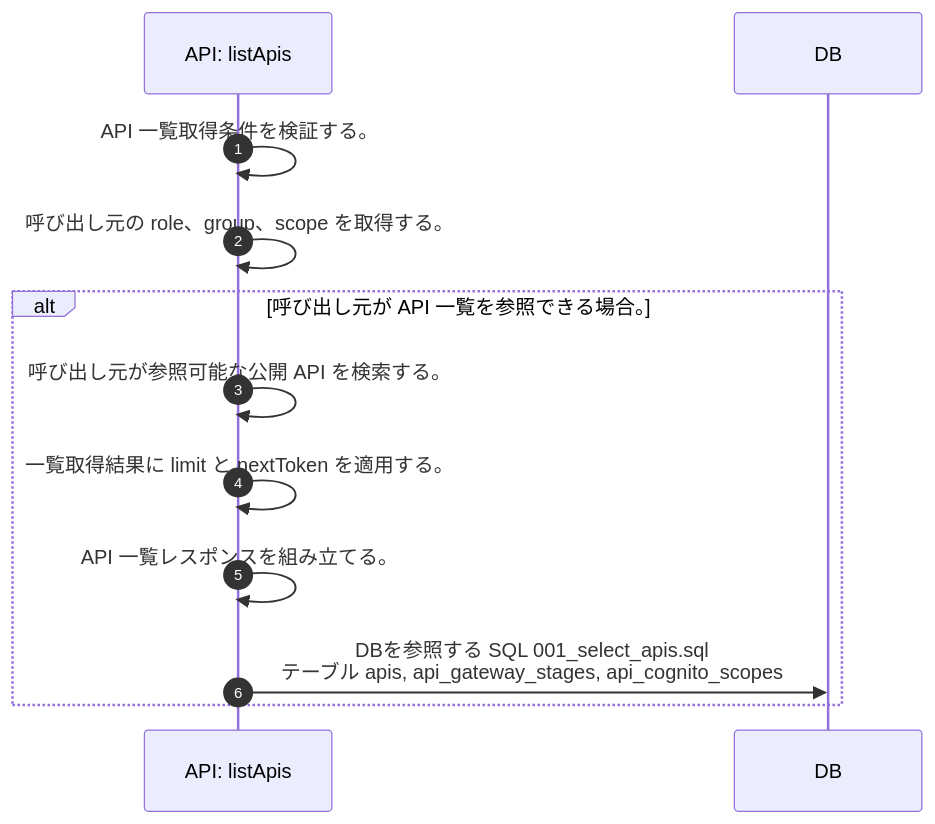
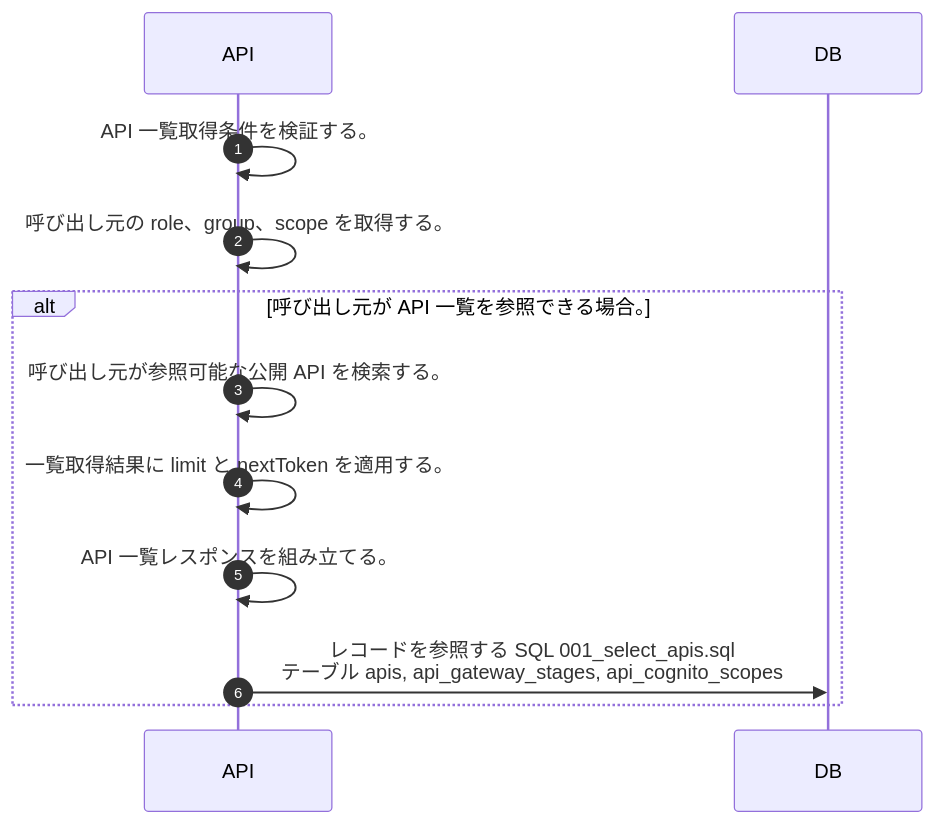
Before and after one commit to tsuji-tomonori/lazunex: the diagram in docs/spec/40.apis/apis/list_apis/sequence_gen.md, drawn with Mermaid. The commit also changed 15 other files, not shown here.

First line of the commit message:
🐛 fix(api): sequenceのAPI名とDB操作表現を修正

````diff
--- a/docs/spec/40.apis/apis/list_apis/sequence_gen.md
+++ b/docs/spec/40.apis/apis/list_apis/sequence_gen.md
@@ -5,14 +5,14 @@
 ```mermaid
 sequenceDiagram
   autonumber
-  participant API as API: listApis
+  participant API as API
   participant DB as DB
   API->>API: API 一覧取得条件を検証する。
   API->>API: 呼び出し元の role、group、scope を取得する。
   alt 呼び出し元が API 一覧を参照できる場合。
     API->>API: 呼び出し元が参照可能な公開 API を検索する。
     API->>API: 一覧取得結果に limit と nextToken を適用する。
     API->>API: API 一覧レスポンスを組み立てる。
-    API->>DB: DBを参照する SQL 001_select_apis.sql<br/>テーブル apis, api_gateway_stages, api_cognito_scopes
+    API->>DB: レコードを参照する SQL 001_select_apis.sql<br/>テーブル apis, api_gateway_stages, api_cognito_scopes
   end
 ```
````
